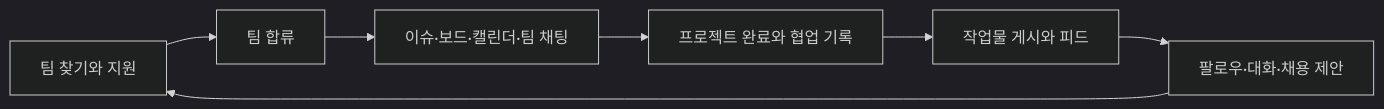
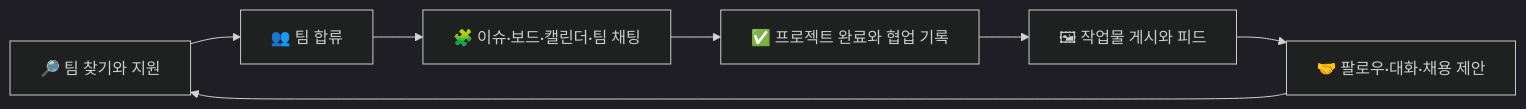
Before and after one commit to likelion-backendschool-9th/Linker: the first of 3 diagrams in README.md, drawn with Mermaid (dark theme). The commit also changed other lines of this file and 19 other files, not shown here.

````diff
--- a/README.md
+++ b/README.md
@@ -7,9 +163,9 @@
 ```mermaid
 flowchart LR
-  Find[팀 찾기와 지원] --> Team[팀 합류]
-  Team --> Work[이슈·보드·캘린더·팀 채팅]
-  Work --> Record[프로젝트 완료와 협업 기록]
-  Record --> Post[작업물 게시와 피드]
-  Post --> Connect[팔로우·대화·채용 제안]
+  Find[🔎 팀 찾기와 지원] --> Team[👥 팀 합류]
+  Team --> Work[🧩 이슈·보드·캘린더·팀 채팅]
+  Work --> Record[✅ 프로젝트 완료와 협업 기록]
+  Record --> Post[🖼 작업물 게시와 피드]
+  Post --> Connect[🤝 팔로우·대화·채용 제안]
   Connect --> Find
 ```
````
